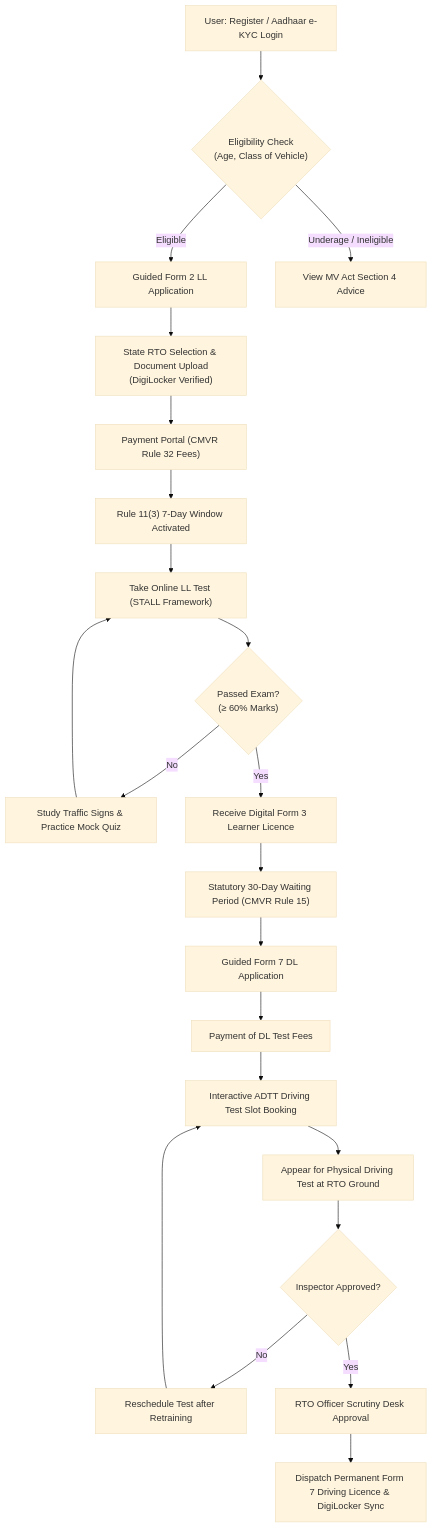
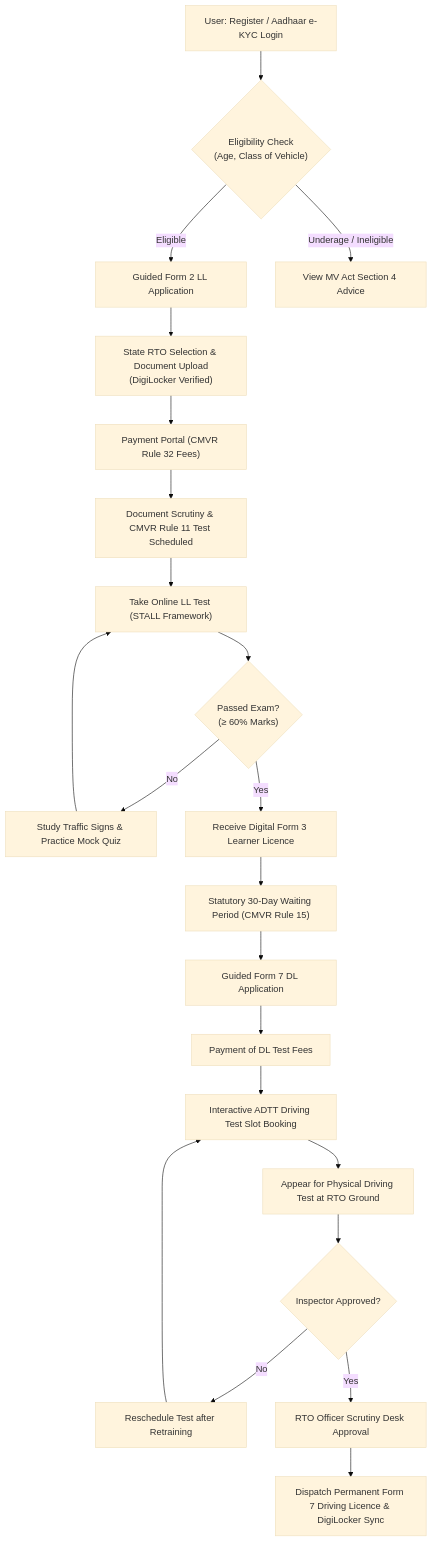
The second of 2 diagrams in phase 5 work by avrojit.md (avrojitsaha763-byte/Hackcache26_MARK-III_Mparivahan), drawn with Mermaid (base theme) before and after one commit. The commit also changed other lines of this file and 30 other files, not shown here.

Commit message:
fix(audit): eradicate 7-day rule, scrub all PII, enforce radical transparency and honest review status

````diff
--- a/phase 5 work by avrojit.md
+++ b/phase 5 work by avrojit.md
@@ -178,24 +178,24 @@
 ```mermaid
 flowchart TD
   A["User: Register / Aadhaar e-KYC Login"] --> B{"Eligibility Check<br/>(Age, Class of Vehicle)"}
   B -->|"Eligible"| C["Guided Form 2 LL Application"]
   B -->|"Underage / Ineligible"| B1["View MV Act Section 4 Advice"]
   C --> D["State RTO Selection & Document Upload<br/>(DigiLocker Verified)"]
   D --> E["Payment Portal (CMVR Rule 32 Fees)"]
-  E --> F["Rule 11(3) 7-Day Window Activated"]
+  E --> F["Document Scrutiny & CMVR Rule 11 Test Scheduled"]
   F --> G["Take Online LL Test (STALL Framework)"]
   G --> H{"Passed Exam?<br/>(&ge; 60% Marks)"}
   H -->|"No"| I["Study Traffic Signs & Practice Mock Quiz"]
   I --> G
   H -->|"Yes"| J["Receive Digital Form 3 Learner Licence"]
   J --> K["Statutory 30-Day Waiting Period (CMVR Rule 15)"]
   K --> L["Guided Form 7 DL Application"]
   L --> M["Payment of DL Test Fees"]
   M --> N["Interactive ADTT Driving Test Slot Booking"]
   N --> O["Appear for Physical Driving Test at RTO Ground"]
   O --> P{"Inspector Approved?"}
   P -->|"No"| Q["Reschedule Test after Retraining"]
   Q --> N
   P -->|"Yes"| R["RTO Officer Scrutiny Desk Approval"]
   R --> S["Dispatch Permanent Form 7 Driving Licence & DigiLocker Sync"]
 ```
````
